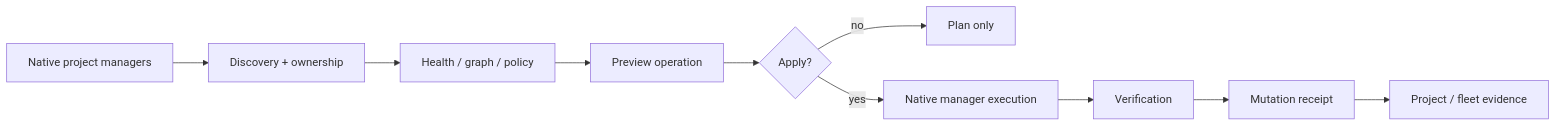
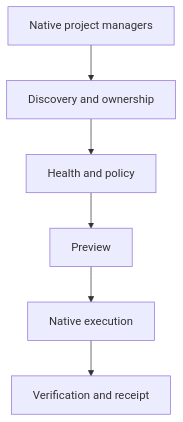
Before and after one commit to OssaBellator/Unified-Project-Manager: the diagram in README.md, drawn with Mermaid.

Commit message:
Simplify README architecture diagram for readability

````diff
--- a/README.md
+++ b/README.md
@@ -19,12 +19,11 @@
 ```mermaid
-flowchart LR
-    A[Native project managers] --> B[Discovery + ownership]
-    B --> C[Health / graph / policy]
-    C --> D[Preview operation]
-    D --> E{Apply?}
-    E -- no --> F[Plan only]
-    E -- yes --> G[Native manager execution]
-    G --> H[Verification]
-    H --> I[Mutation receipt]
-    I --> J[Project / fleet evidence]
+flowchart TD
+    A[Native project managers]
+    B[Discovery and ownership]
+    C[Health and policy]
+    D[Preview]
+    E[Native execution]
+    F[Verification and receipt]
+
+    A --> B --> C --> D --> E --> F
 ```
````
